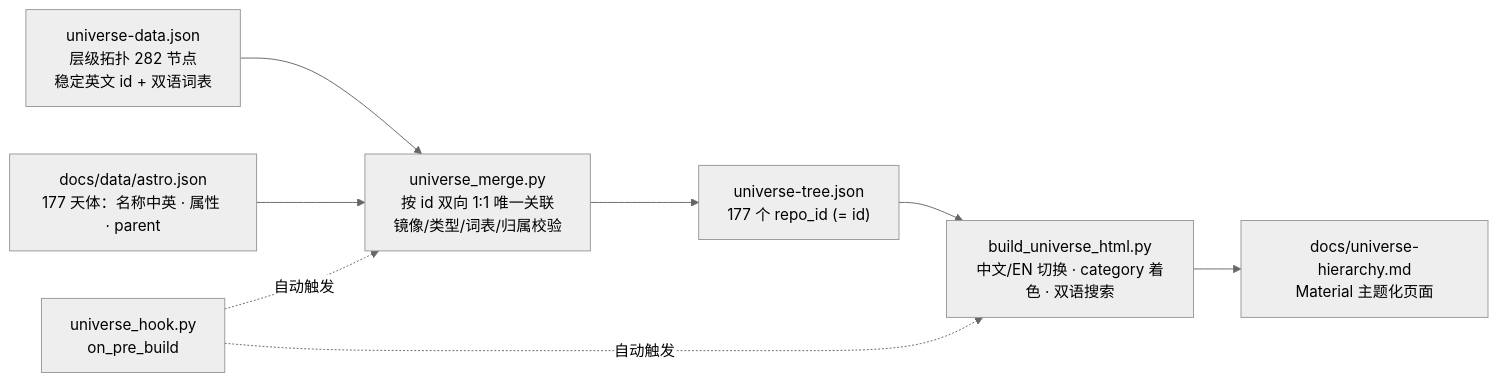
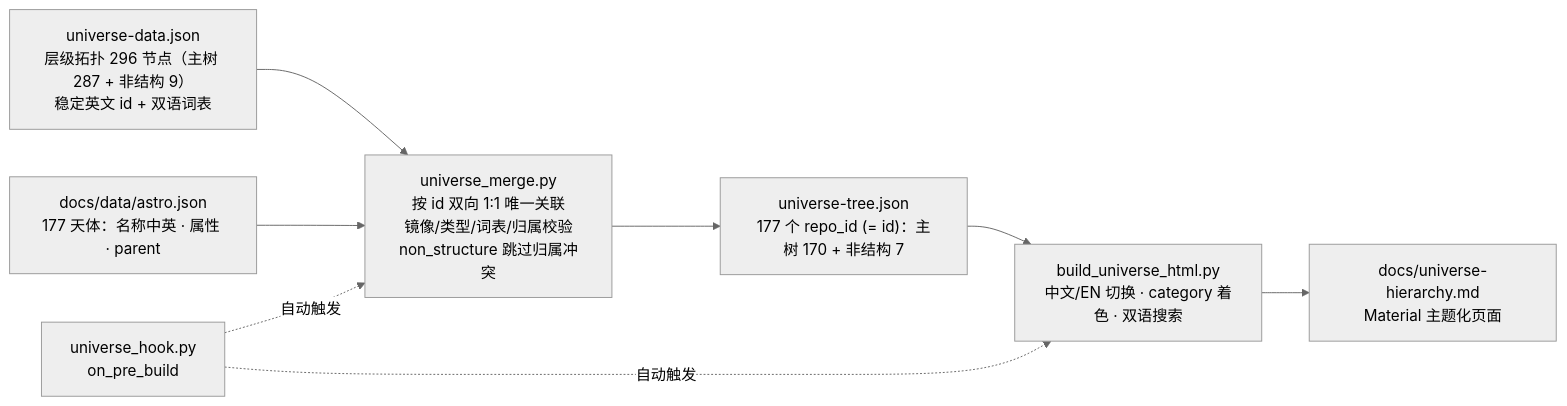
The sixth of 9 diagrams in 维护指南.md (yufengwolf/astro-blog), drawn with Mermaid (neutral theme) before and after one commit. The commit also changed other lines of this file and 7 other files, not shown here.

````diff
--- a/维护指南.md
+++ b/维护指南.md
@@ -569,10 +569,10 @@
 ```mermaid
 flowchart LR
-    UD["universe-data.json<br/>层级拓扑 282 节点<br/>稳定英文 id + 双语词表"] --> M["universe_merge.py<br/>按 id 双向 1:1 唯一关联<br/>镜像/类型/词表/归属校验"]
+    UD["universe-data.json<br/>层级拓扑 296 节点（主树 287 + 非结构 9）<br/>稳定英文 id + 双语词表"] --> M["universe_merge.py<br/>按 id 双向 1:1 唯一关联<br/>镜像/类型/词表/归属校验<br/>non_structure 跳过归属冲突"]
     AS["docs/data/astro.json<br/>177 天体：名称中英 · 属性 · parent"] --> M
-    M --> UT["universe-tree.json<br/>177 个 repo_id (= id)"]
+    M --> UT["universe-tree.json<br/>177 个 repo_id (= id)：主树 170 + 非结构 7"]
     UT --> B["build_universe_html.py<br/>中文/EN 切换 · category 着色 · 双语搜索"]
     B --> PG["docs/universe-hierarchy.md<br/>Material 主题化页面"]
     H["universe_hook.py<br/>on_pre_build"] -. 自动触发 .-> M
     H -. 自动触发 .-> B
 ```
````
